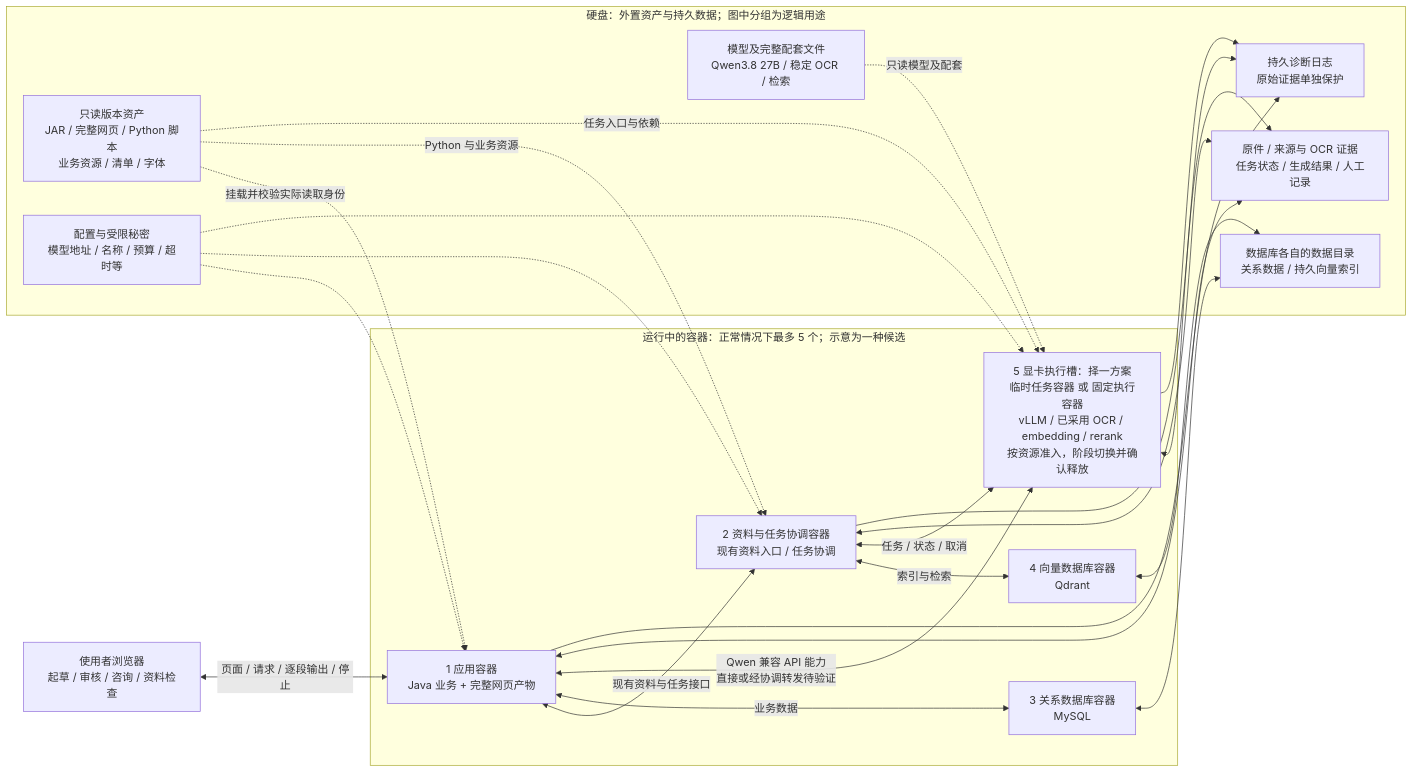
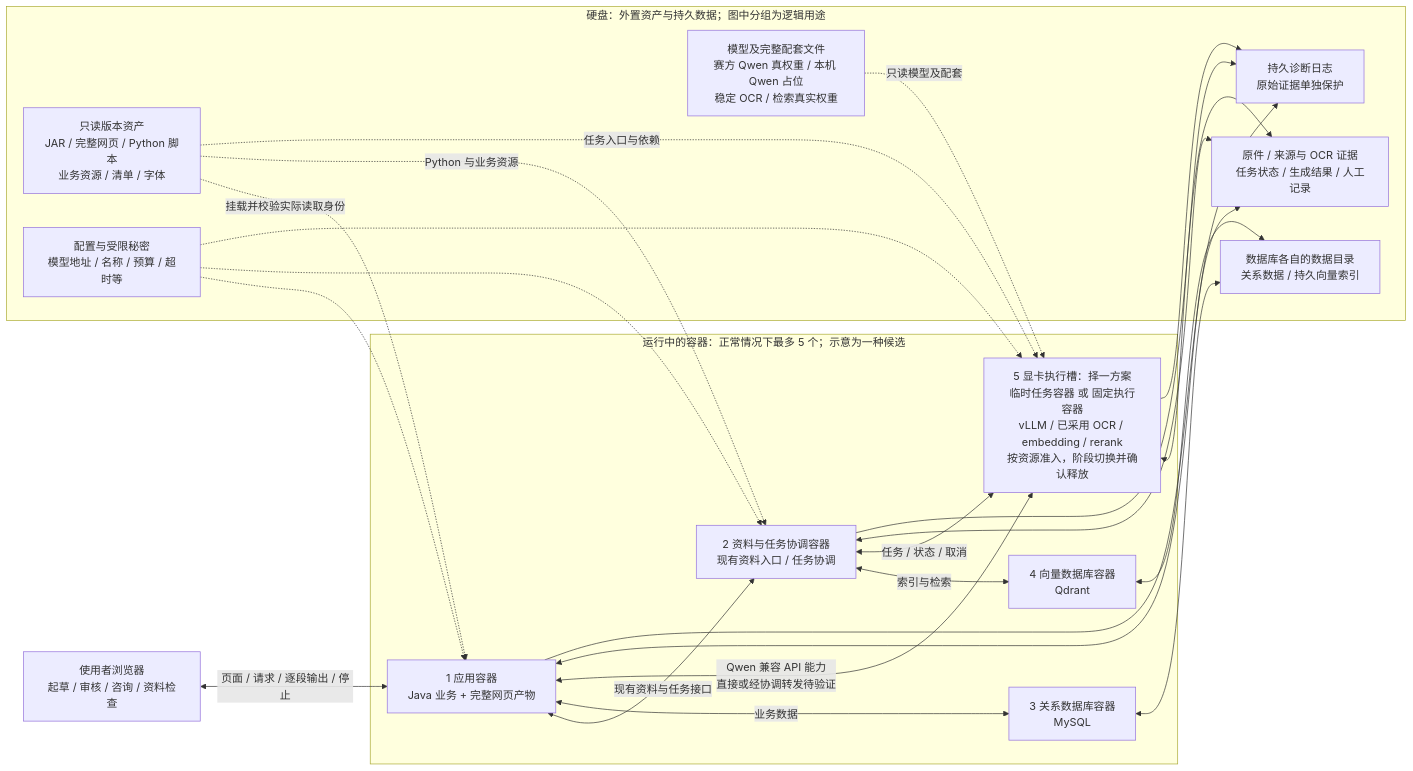
One commit to Dying-Ember/ConSense changed the diagram in ai_consense_service/docs/specs/competition-container-target-architecture-20261029.md. Above: the diagram before and after it, drawn with Mermaid. The commit also changed other lines of this file and 16 other files, not shown here.

````diff
--- a/ai_consense_service/docs/specs/competition-container-target-architecture-20261029.md
+++ b/ai_consense_service/docs/specs/competition-container-target-architecture-20261029.md
@@ -7,40 +9,40 @@
 ```mermaid
 flowchart LR
     U["使用者浏览器<br/>起草 / 审核 / 咨询 / 资料检查"]
     subgraph C["运行中的容器：正常情况下最多 5 个；示意为一种候选"]
         A["1 应用容器<br/>Java 业务 + 完整网页产物"]
         O["2 资料与任务协调容器<br/>现有资料入口 / 任务协调"]
         M["3 关系数据库容器<br/>MySQL"]
         Q["4 向量数据库容器<br/>Qdrant"]
         G["5 显卡执行槽：择一方案<br/>临时任务容器 或 固定执行容器<br/>vLLM / 已采用 OCR / embedding / rerank<br/>按资源准入，阶段切换并确认释放"]
     end
     subgraph D["硬盘：外置资产与持久数据；图中分组为逻辑用途"]
         R["只读版本资产<br/>JAR / 完整网页 / Python 脚本<br/>业务资源 / 清单 / 字体"]
         CF["配置与受限秘密<br/>模型地址 / 名称 / 预算 / 超时等"]
-        W["模型及完整配套文件<br/>Qwen3.8 27B / 稳定 OCR / 检索"]
+        W["模型及完整配套文件<br/>赛方 Qwen 真权重 / 本机 Qwen 占位<br/>稳定 OCR / 检索真实权重"]
         DB["数据库各自的数据目录<br/>关系数据 / 持久向量索引"]
         F["原件 / 来源与 OCR 证据<br/>任务状态 / 生成结果 / 人工记录"]
         L["持久诊断日志<br/>原始证据单独保护"]
     end
     U <-->|"页面 / 请求 / 逐段输出 / 停止"| A
     A <-->|"现有资料与任务接口"| O
     A <-->|"业务数据"| M
     O <-->|"索引与检索"| Q
     O <-->|"任务 / 状态 / 取消"| G
     A <-->|"Qwen 兼容 API 能力<br/>直接或经协调转发待验证"| G
     R -.->|"挂载并校验实际读取身份"| A
     R -.->|"Python 与业务资源"| O
     R -.->|"任务入口与依赖"| G
     CF -.-> A
     CF -.-> O
     CF -.-> G
     W -.->|"只读模型及配套"| G
     M <--> DB
     Q <--> DB
     A <--> F
     O <--> F
     G <--> F
     A --> L
     O --> L
     G --> L
 ```
````
